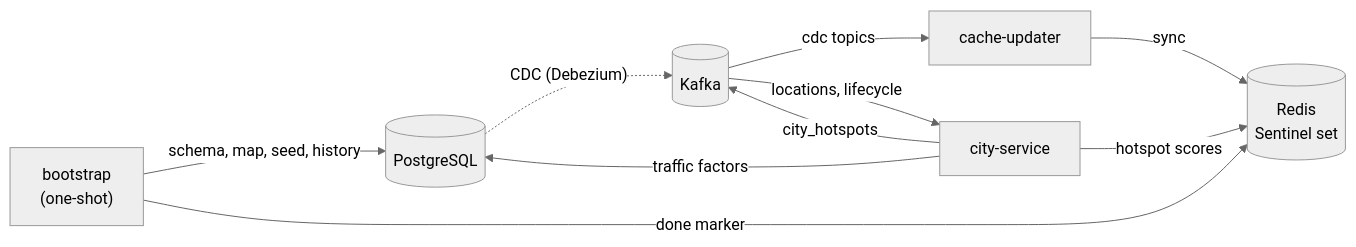
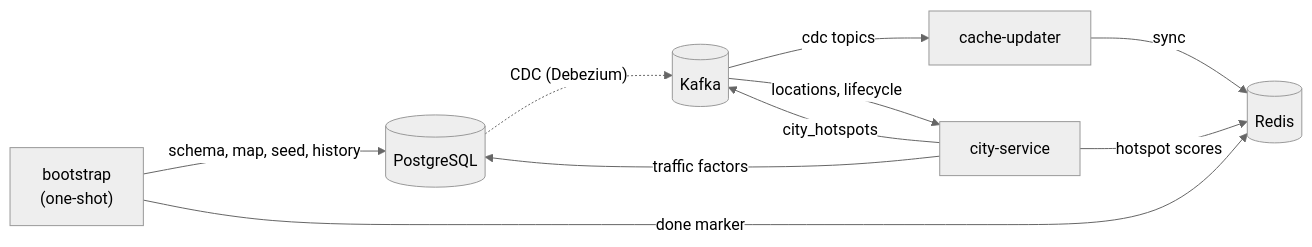
Before and after one commit to bahman-farhadian/Meanul-Data-Studio: the third of 9 diagrams in README.md, drawn with Mermaid (neutral theme). The commit also changed other lines of this file and 8 other files, not shown here.

````diff
--- a/README.md
+++ b/README.md
@@ -232,22 +231,22 @@
 ```mermaid
 graph LR
     BOOT["bootstrap<br/>(one-shot)"]
     CITY["city-service"]
     CUPD["cache-updater"]
 
     PG[("PostgreSQL")]
-    REDIS[("Redis<br/>Sentinel set")]
+    REDIS[("Redis")]
     KAFKA[("Kafka")]
 
     BOOT -->|"schema, map, seed, history"| PG
     BOOT -->|"done marker"| REDIS
 
     PG -.->|"CDC (Debezium)"| KAFKA
     KAFKA -->|"cdc topics"| CUPD
     CUPD -->|"sync"| REDIS
 
     KAFKA -->|"locations, lifecycle"| CITY
     CITY -->|"hotspot scores"| REDIS
     CITY -->|"traffic factors"| PG
     CITY -->|"city_hotspots"| KAFKA
 ```
````
